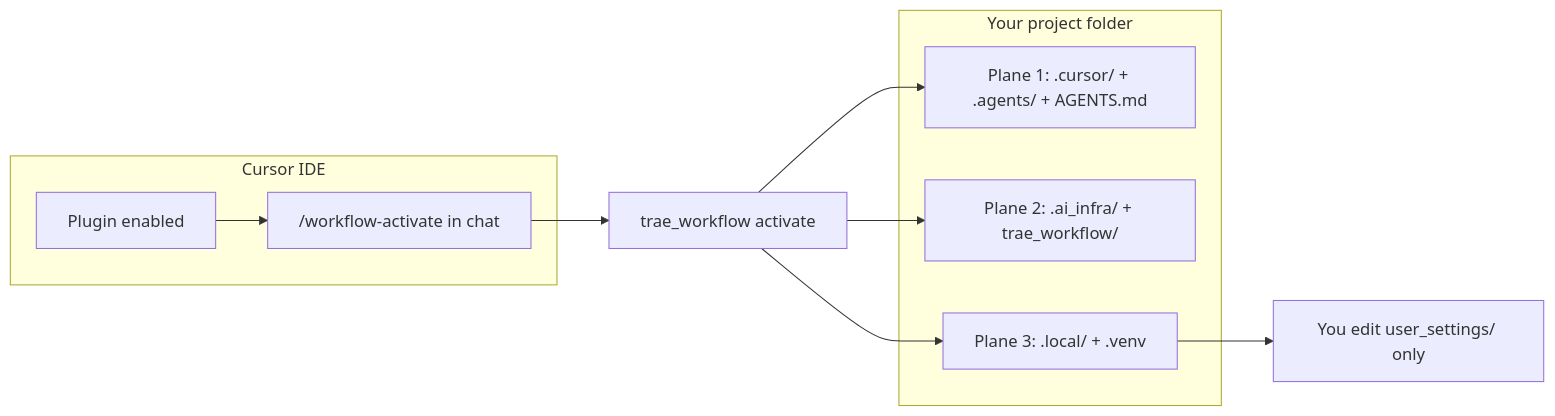
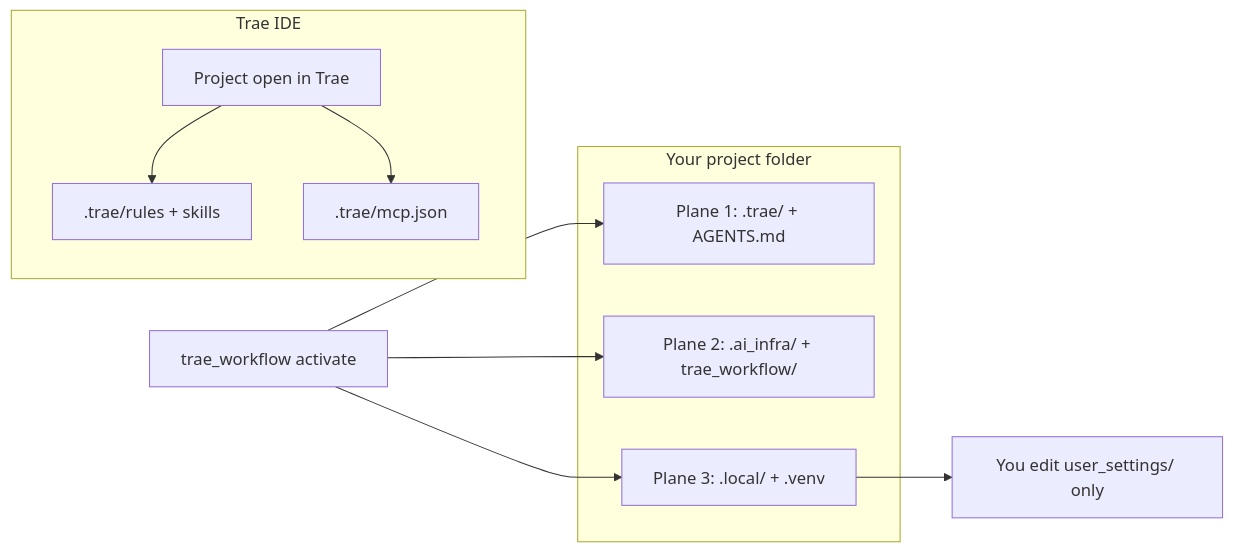
Before and after one commit to SavinRazvan/mas-workflow-kit-trae: the diagram in payload/.ai_infra/docs/operations/PLUGIN-USER-GUIDE.md, drawn with Mermaid. The commit also changed other lines of this file and 50 other files, not shown here.

````diff
--- a/payload/.ai_infra/docs/operations/PLUGIN-USER-GUIDE.md
+++ b/payload/.ai_infra/docs/operations/PLUGIN-USER-GUIDE.md
@@ -32,17 +34,17 @@
 ```mermaid
 flowchart LR
-  subgraph ide [Cursor IDE]
-    Plugin[Plugin enabled]
-    Plugin --> Chat["/workflow-activate in chat"]
+  subgraph ide [Trae IDE]
+    Trae[Project open in Trae]
+    Trae --> Rules[".trae/rules + skills"]
+    Trae --> MCP[".trae/mcp.json"]
   end
   subgraph disk [Your project folder]
-    P1["Plane 1: .cursor/ + .agents/ + AGENTS.md"]
+    P1["Plane 1: .trae/ + AGENTS.md"]
     P2["Plane 2: .ai_infra/ + trae_workflow/"]
     P3["Plane 3: .local/ + .venv"]
   end
-  Chat --> Activate["trae_workflow activate"]
-  Activate --> P1
+  Activate["trae_workflow activate"] --> P1
   Activate --> P2
   Activate --> P3
   P3 --> Settings["You edit user_settings/ only"]
 ```
````
